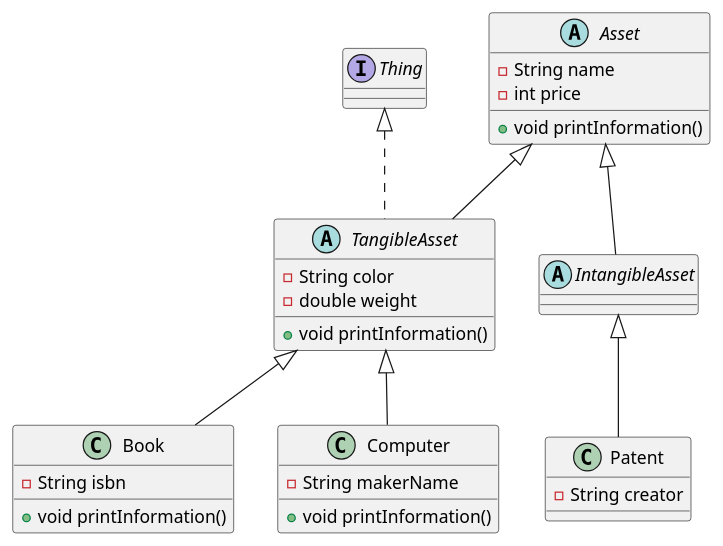
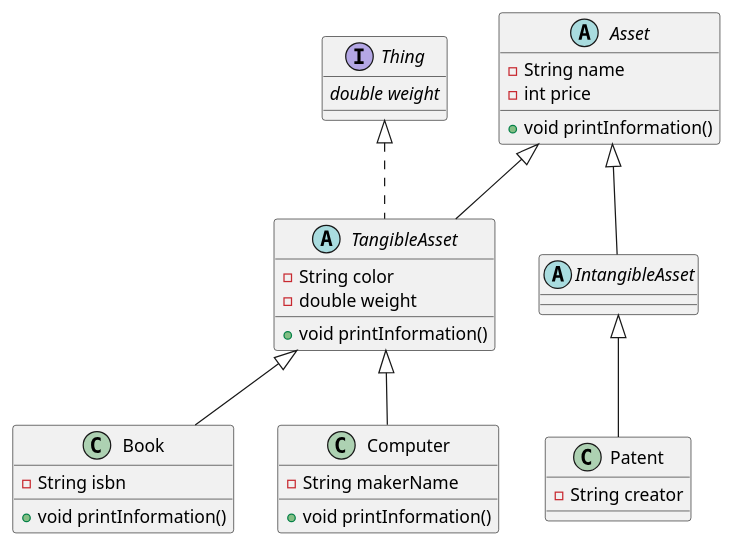
One commit to orm-camp-flutter-2ki/learn_dart_together changed the diagram in lib/240313/asset_and_thing_class_diagram.puml. Above: the diagram before and after it, drawn with PlantUML. The commit also changed 1 other file, not shown here.

Commit message:
feat: UML 클래스 다이어그램 수정
- Thing 인터페이스에 weight 추가

```diff
--- a/lib/240313/asset_and_thing_class_diagram.puml
+++ b/lib/240313/asset_and_thing_class_diagram.puml
@@ -1,35 +1,36 @@
 @startuml
 
 interface Thing {
+{abstract}double weight
 }
 
 abstract class Asset {
 -String name
 -int price
 +void printInformation()
 }
 
 abstract class TangibleAsset extends Asset implements Thing {
 -String color
 -double weight
 +void printInformation()
 }
 
 abstract class IntangibleAsset extends Asset {
 }
 
 class Book extends TangibleAsset {
 -String isbn
 +void printInformation()
 }
 
 class Computer extends TangibleAsset {
 -String makerName
 +void printInformation()
 }
 
 class Patent extends IntangibleAsset {
 -String creator
 }
 
 @enduml
```
